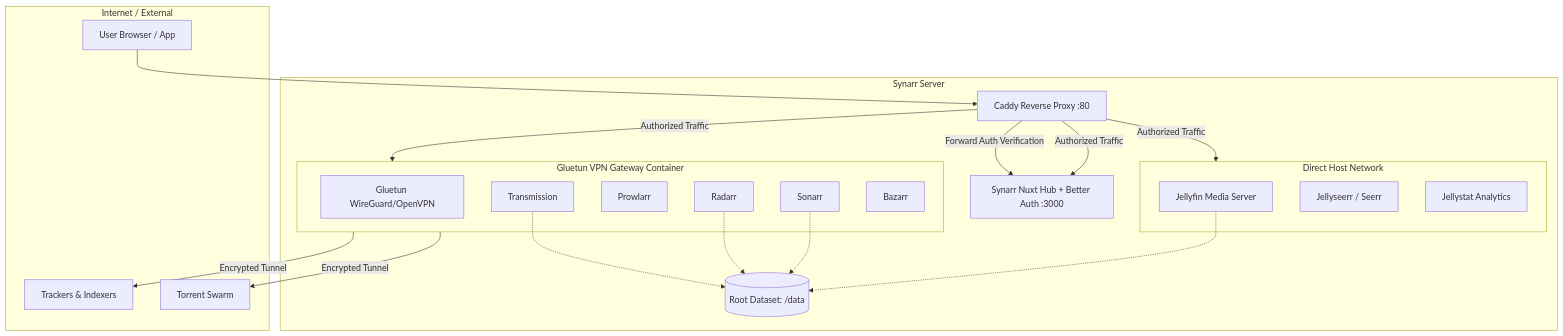
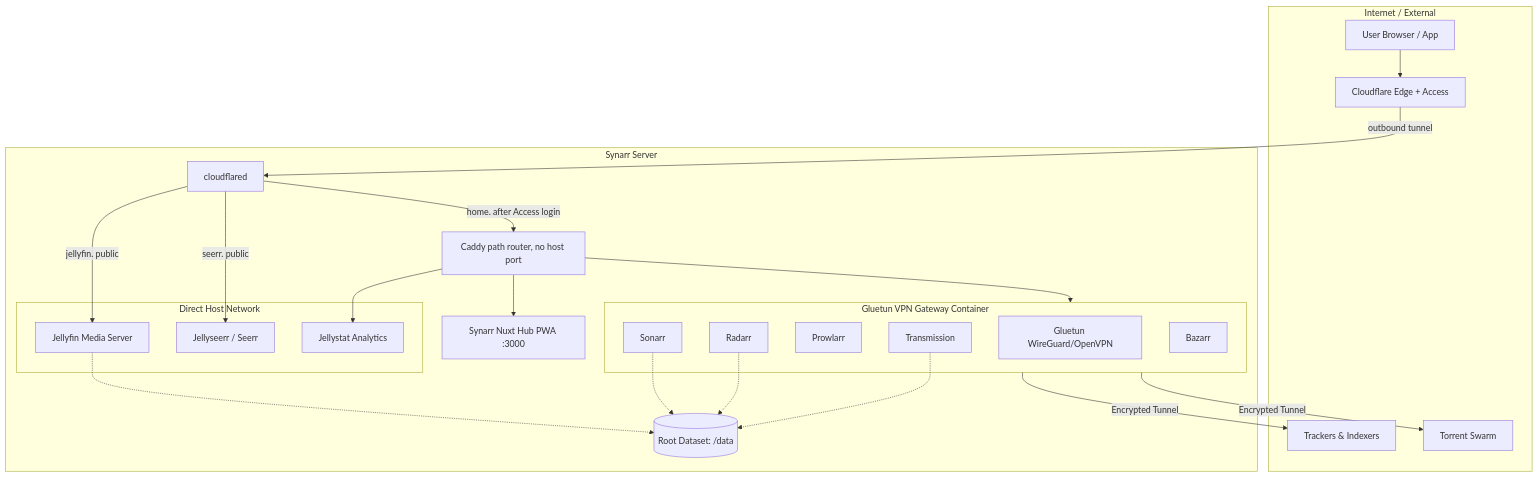
One commit to tristanschwenk/synarr changed the diagram in README.md. Above: the diagram before and after it, drawn with Mermaid. The commit also changed other lines of this file, not shown here.

Commit message:
docs: document Cloudflare Tunnel and Access setup

````diff
--- a/README.md
+++ b/README.md
@@ -23,44 +23,49 @@
 ```mermaid
 flowchart TB
     subgraph WAN [Internet / External]
         Client[User Browser / App]
+        CF[Cloudflare Edge + Access]
         Trackers[Trackers & Indexers]
         Peers[Torrent Swarm]
     end
 
     subgraph SynarrHost [Synarr Server]
-        Proxy[Caddy Reverse Proxy :80]
-        Hub[Synarr Nuxt Hub + Better Auth :3000]
+        Tunnel[cloudflared]
+        Proxy[Caddy path router, no host port]
+        Hub[Synarr Nuxt Hub PWA :3000]
 
         subgraph VPNSidecar [Gluetun VPN Gateway Container]
             VPN[Gluetun WireGuard/OpenVPN]
             Transmission[Transmission]
             Prowlarr[Prowlarr]
             Radarr[Radarr]
             Sonarr[Sonarr]
             Bazarr[Bazarr]
         end
 
         subgraph LocalNetwork [Direct Host Network]
             Jellyfin[Jellyfin Media Server]
             Seerr[Jellyseerr / Seerr]
             Jellystat[Jellystat Analytics]
         end
 
         Storage[(Root Dataset: /data)]
     end
 
-    Client --> Proxy
-    Proxy -->|Forward Auth Verification| Hub
-    Proxy -->|Authorized Traffic| Hub
-    Proxy -->|Authorized Traffic| VPNSidecar
-    Proxy -->|Authorized Traffic| LocalNetwork
+    Client --> CF
+    CF -->|outbound tunnel| Tunnel
+    Tunnel -->|home. after Access login| Proxy
+    Tunnel -->|jellyfin. public| Jellyfin
+    Tunnel -->|seerr. public| Seerr
+    Proxy --> Hub
+    Proxy --> VPNSidecar
+    Proxy --> Jellystat
 
     Transmission -.-> Storage
     Radarr -.-> Storage
     Sonarr -.-> Storage
     Jellyfin -.-> Storage
 
     VPNSidecar -->|Encrypted Tunnel| Trackers
     VPNSidecar -->|Encrypted Tunnel| Peers
 ```
````
